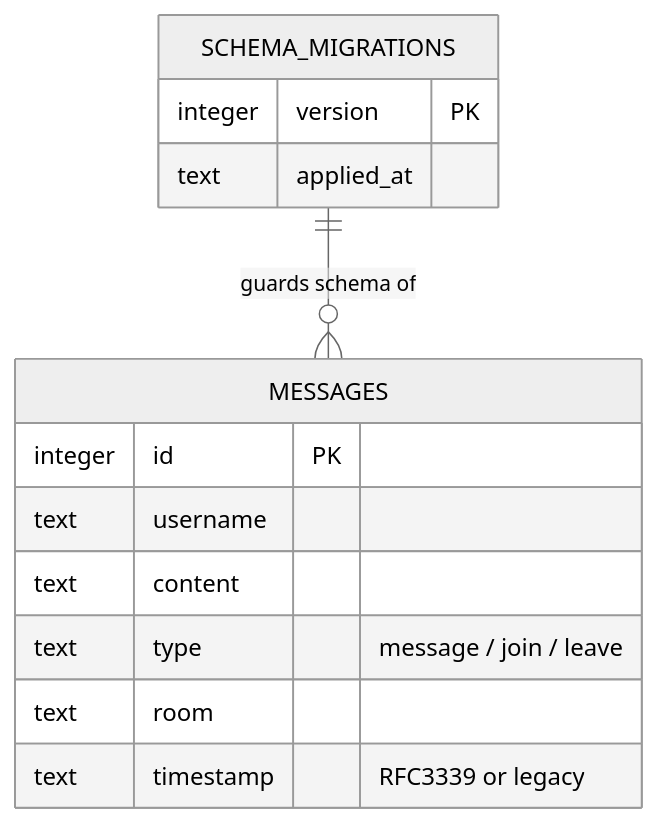
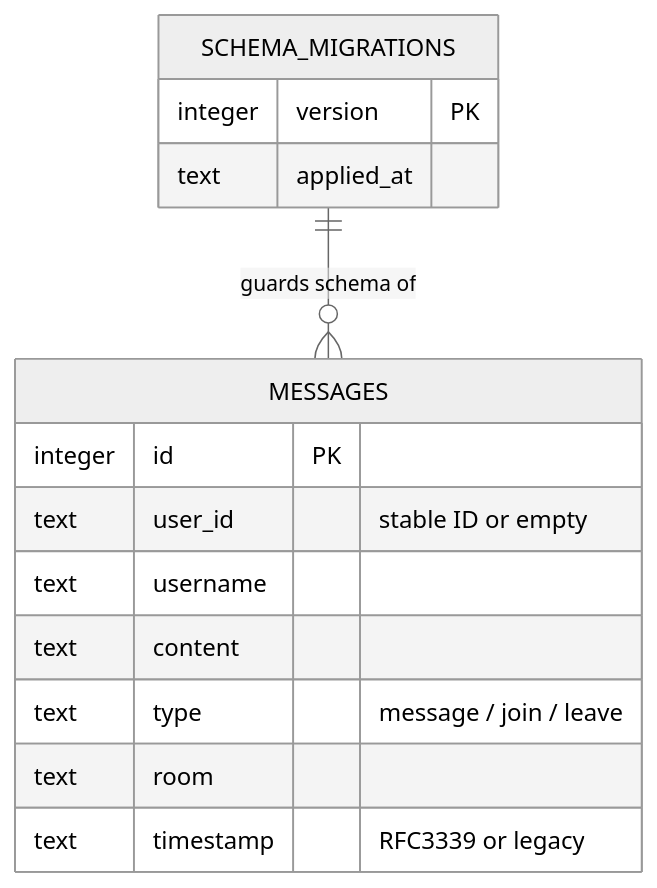
The fourth of 4 diagrams in docs/ARCHITECTURE.md (AlisinaDevelo/Chatster), drawn with Mermaid (neutral theme) before and after one commit. The commit also changed other lines of this file and 49 other files, not shown here.

````diff
--- a/docs/ARCHITECTURE.md
+++ b/docs/ARCHITECTURE.md
@@ -121,16 +127,17 @@
 ```mermaid
 erDiagram
   SCHEMA_MIGRATIONS ||--o{ MESSAGES : "guards schema of"
   MESSAGES {
     integer id PK
+    text    user_id "stable ID or empty"
     text    username
     text    content
     text    type "message / join / leave"
     text    room
     text    timestamp "RFC3339 or legacy"
   }
   SCHEMA_MIGRATIONS {
     integer version PK
     text    applied_at
   }
 ```
````
